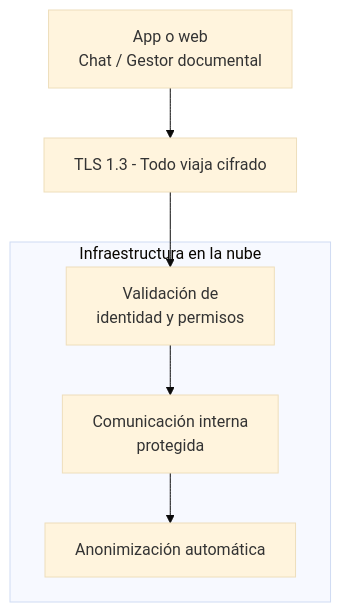
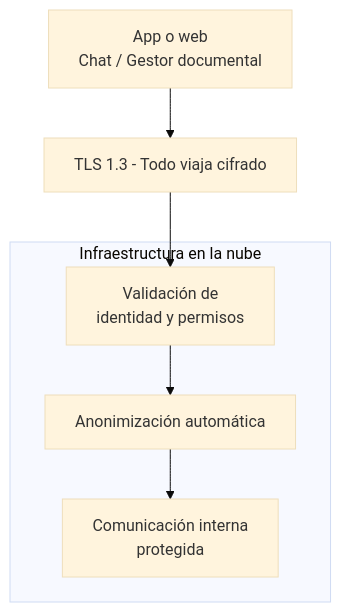
One commit to johnruedal96/capillas changed the fourth of 4 diagrams in docs/propuesta_tecnologica_final.md. Above: the diagram before and after it, drawn with Mermaid (base theme). The commit also changed other lines of this file, not shown here.

````diff
--- a/docs/propuesta_tecnologica_final.md
+++ b/docs/propuesta_tecnologica_final.md
@@ -143,16 +143,16 @@
 ```mermaid
 flowchart TB
     FRONT[App o web<br/>Chat / Gestor documental]
 
     FRONT --> TLS[TLS 1.3 - Todo viaja cifrado]
 
     subgraph AWS["Infraestructura en la nube"]
         A[Validación de<br/>identidad y permisos]
-        B[Comunicación interna<br/>protegida]
-        C[Anonimización automática]
+        B[Anonimización automática]
+        C[Comunicación interna<br/>protegida]
     end
 
     TLS --> A
     A --> B
     B --> C
 ```
````
